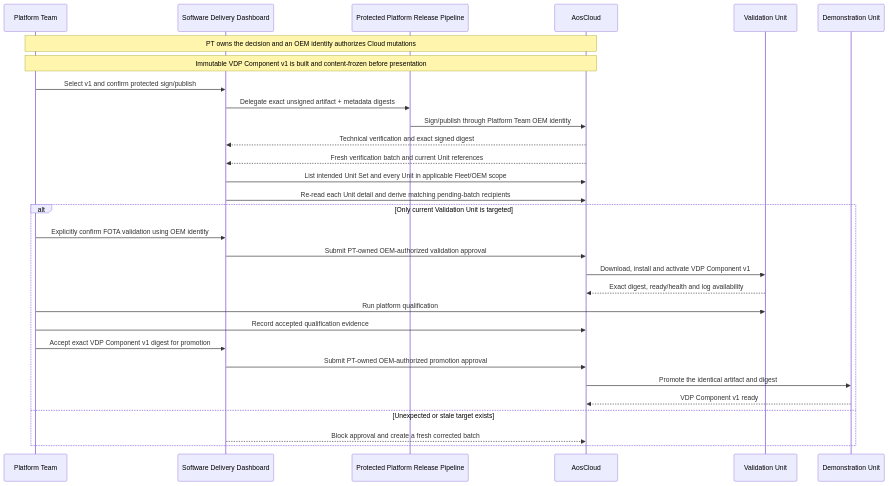
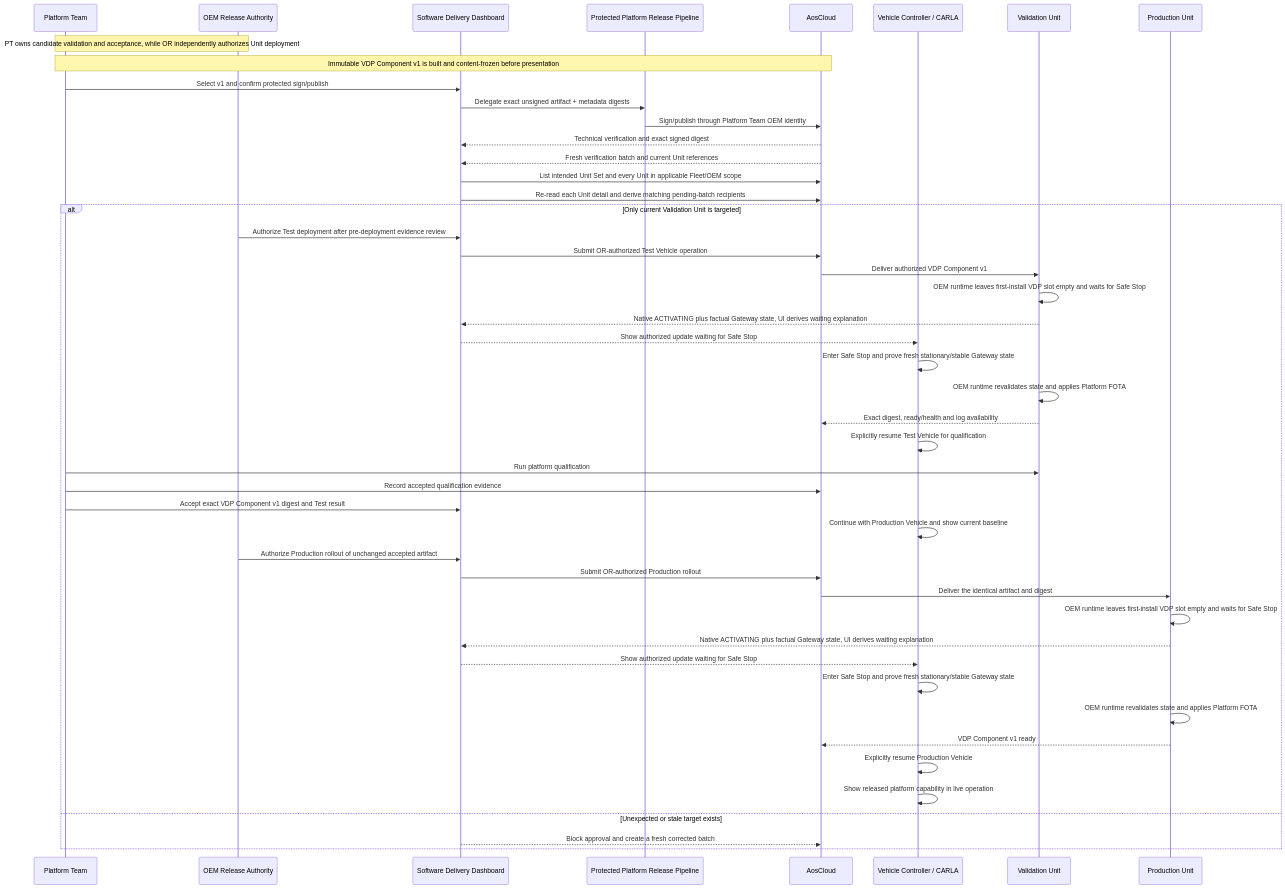
Before and after one commit to alexmaninblack/aosedge-sdv-demo: the eighth of 22 diagrams in docs/architecture/demo-scenario-architecture-flows.md, drawn with Mermaid. The commit also changed other lines of this file and 176 other files, not shown here.

````diff
--- a/docs/architecture/demo-scenario-architecture-flows.md
+++ b/docs/architecture/demo-scenario-architecture-flows.md
@@ -576,33 +577,50 @@
 ```mermaid
 sequenceDiagram
     participant PT as Platform Team
+    participant OR as OEM Release Authority
     participant SD as Software Delivery Dashboard
     participant PP as Protected Platform Release Pipeline
     participant AC as AosCloud
+    participant VC as Vehicle Controller / CARLA
     participant VU as Validation Unit
-    participant DU as Demonstration Unit
+    participant PU as Production Unit
 
-    Note over PT,AC: PT owns the decision and an OEM identity authorizes Cloud mutations
+    Note over PT,OR: PT owns candidate validation and acceptance, while OR independently authorizes Unit deployment
     Note over PT,AC: Immutable VDP Component v1 is built and content-frozen before presentation
     PT->>SD: Select v1 and confirm protected sign/publish
     SD->>PP: Delegate exact unsigned artifact + metadata digests
     PP->>AC: Sign/publish through Platform Team OEM identity
     AC-->>SD: Technical verification and exact signed digest
     AC-->>SD: Fresh verification batch and current Unit references
     SD->>AC: List intended Unit Set and every Unit in applicable Fleet/OEM scope
     SD->>AC: Re-read each Unit detail and derive matching pending-batch recipients
     alt Only current Validation Unit is targeted
-        PT->>SD: Explicitly confirm FOTA validation using OEM identity
-        SD->>AC: Submit PT-owned OEM-authorized validation approval
-        AC->>VU: Download, install and activate VDP Component v1
+        OR->>SD: Authorize Test deployment after pre-deployment evidence review
+        SD->>AC: Submit OR-authorized Test Vehicle operation
+        AC->>VU: Deliver authorized VDP Component v1
+        VU->>VU: OEM runtime leaves first-install VDP slot empty and waits for Safe Stop
+        VU-->>SD: Native ACTIVATING plus factual Gateway state, UI derives waiting explanation
+        SD-->>VC: Show authorized update waiting for Safe Stop
+        VC->>VC: Enter Safe Stop and prove fresh stationary/stable Gateway state
+        VU->>VU: OEM runtime revalidates state and applies Platform FOTA
         VU-->>AC: Exact digest, ready/health and log availability
+        VC->>VC: Explicitly resume Test Vehicle for qualification
         PT->>VU: Run platform qualification
         PT->>AC: Record accepted qualification evidence
-        PT->>SD: Accept exact VDP Component v1 digest for promotion
-        SD->>AC: Submit PT-owned OEM-authorized promotion approval
-        AC->>DU: Promote the identical artifact and digest
-        DU-->>AC: VDP Component v1 ready
+        PT->>SD: Accept exact VDP Component v1 digest and Test result
+        VC->>VC: Continue with Production Vehicle and show current baseline
+        OR->>SD: Authorize Production rollout of unchanged accepted artifact
+        SD->>AC: Submit OR-authorized Production rollout
+        AC->>PU: Deliver the identical artifact and digest
+        PU->>PU: OEM runtime leaves first-install VDP slot empty and waits for Safe Stop
+        PU-->>SD: Native ACTIVATING plus factual Gateway state, UI derives waiting explanation
+        SD-->>VC: Show authorized update waiting for Safe Stop
+        VC->>VC: Enter Safe Stop and prove fresh stationary/stable Gateway state
+        PU->>PU: OEM runtime revalidates state and applies Platform FOTA
+        PU-->>AC: VDP Component v1 ready
+        VC->>VC: Explicitly resume Production Vehicle
+        VC->>VC: Show released platform capability in live operation
     else Unexpected or stale target exists
         SD-->>AC: Block approval and create a fresh corrected batch
     end
 ```
````
